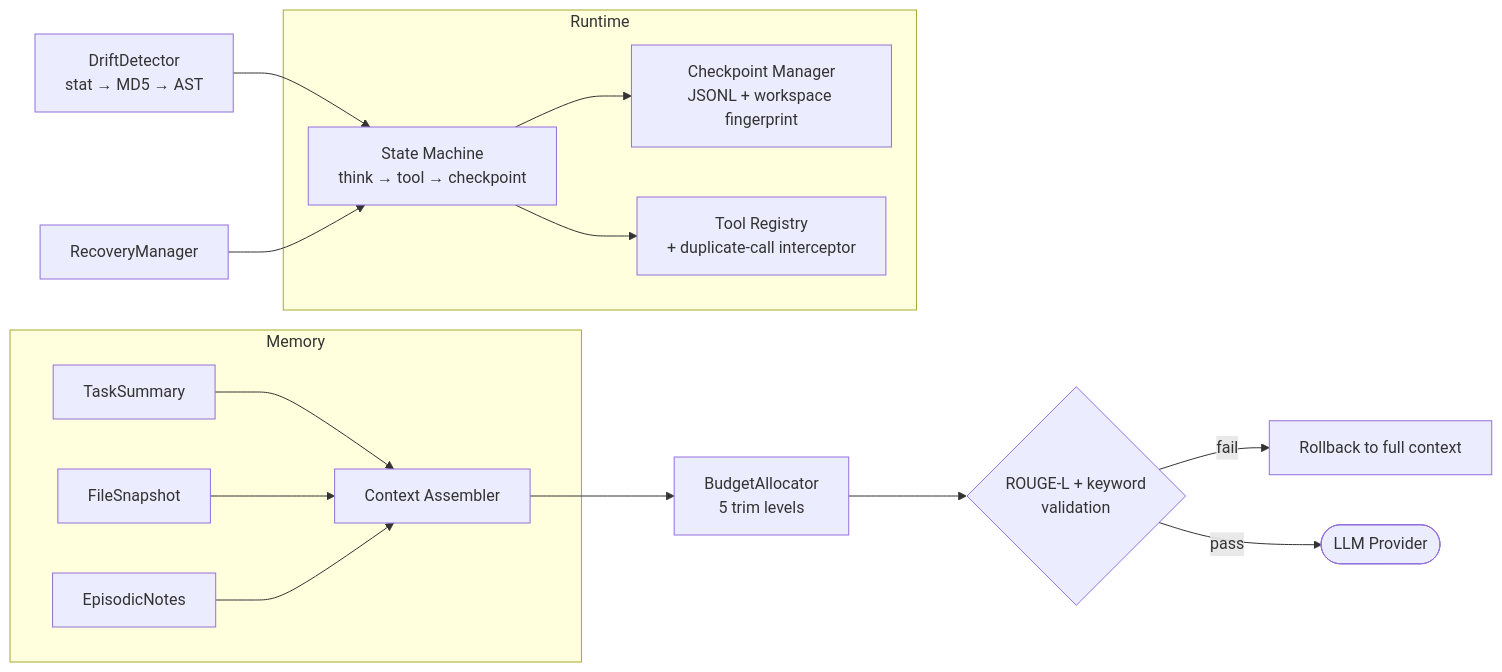
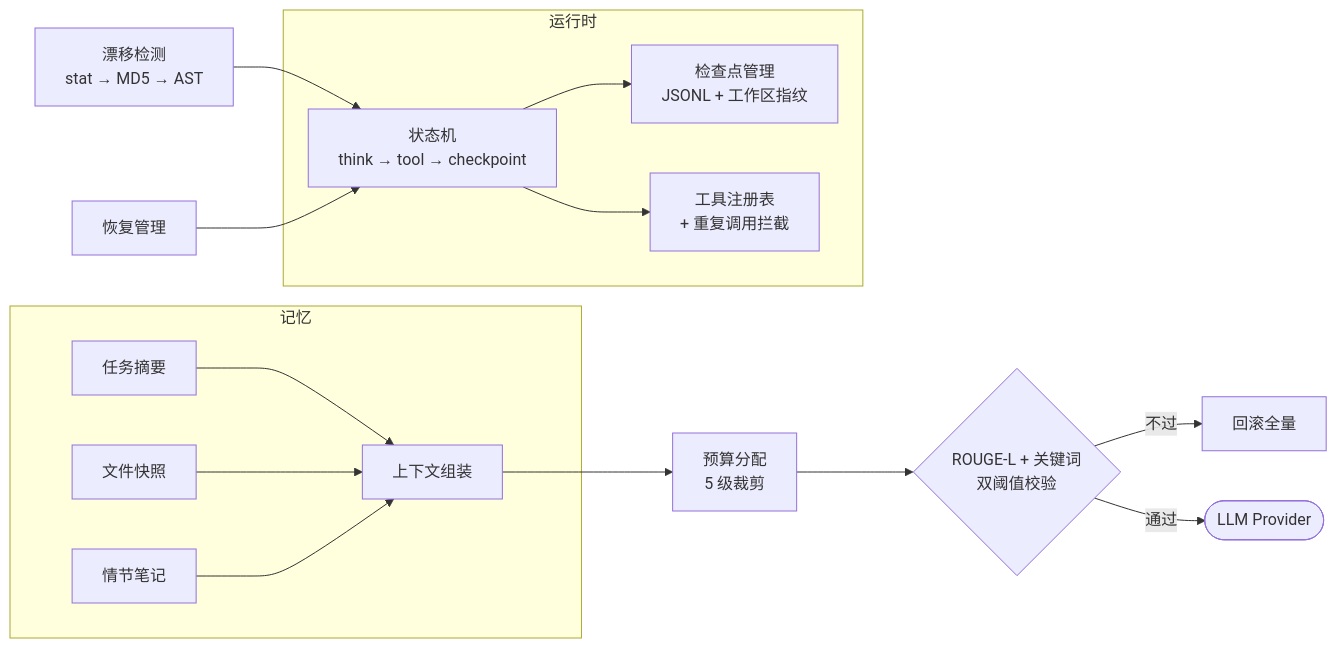
The diagram in README.md (223456png/tether), drawn with Mermaid before and after one commit. The commit also changed other lines of this file and 1 other file, not shown here.

````diff
--- a/README.md
+++ b/README.md
@@ -20,18 +13,18 @@
 ```mermaid
 flowchart LR
-    subgraph Runtime
-        SM[State Machine<br/>think → tool → checkpoint] --> CP[Checkpoint Manager<br/>JSONL + workspace fingerprint]
-        SM --> TR[Tool Registry<br/>+ duplicate-call interceptor]
+    subgraph 运行时
+        SM[状态机<br/>think → tool → checkpoint] --> CP[检查点管理<br/>JSONL + 工作区指纹]
+        SM --> TR[工具注册表<br/>+ 重复调用拦截]
     end
-    subgraph Memory
-        TS[TaskSummary] --> CA
-        FS[FileSnapshot] --> CA
-        EN[EpisodicNotes] --> CA
+    subgraph 记忆
+        TS[任务摘要] --> CA
+        FS[文件快照] --> CA
+        EN[情节笔记] --> CA
     end
-    CA[Context Assembler] --> BA[BudgetAllocator<br/>5 trim levels]
-    BA --> RV{ROUGE-L + keyword<br/>validation}
-    RV -- fail --> RB[Rollback to full context]
-    RV -- pass --> LLM([LLM Provider])
-    DD[DriftDetector<br/>stat → MD5 → AST] --> SM
-    RC[RecoveryManager] --> SM
+    CA[上下文组装] --> BA[预算分配<br/>5 级裁剪]
+    BA --> RV{ROUGE-L + 关键词<br/>双阈值校验}
+    RV -- 不过 --> RB[回滚全量]
+    RV -- 通过 --> LLM([LLM Provider])
+    DD[漂移检测<br/>stat → MD5 → AST] --> SM
+    RC[恢复管理] --> SM
 ```
````
